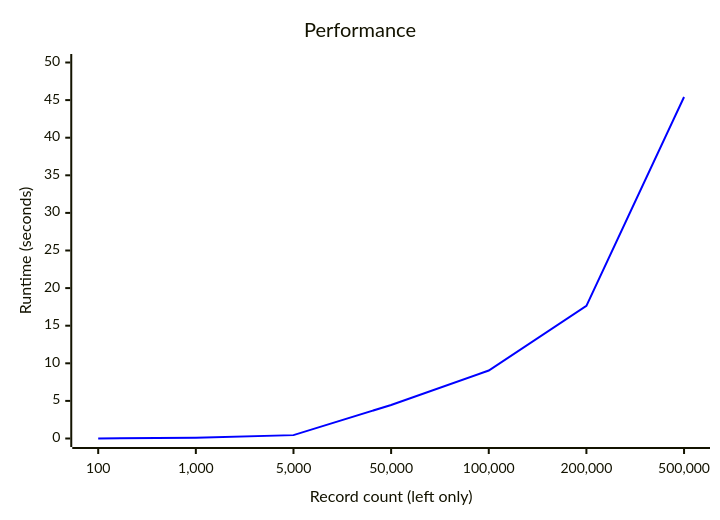
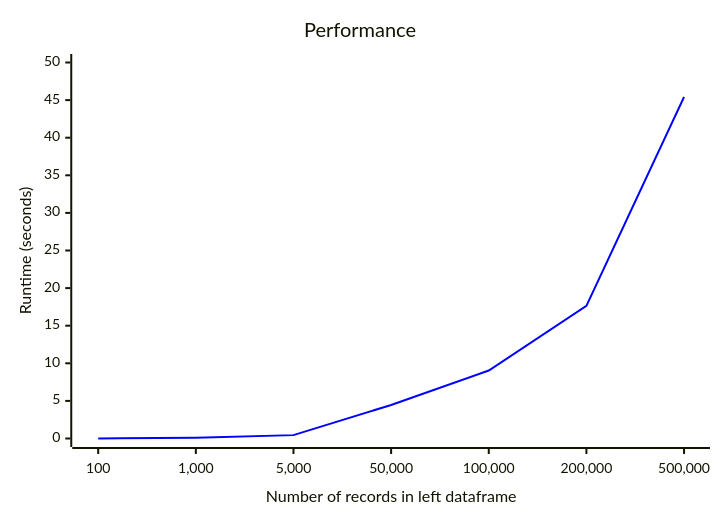
One commit to Meowfit/reconPy changed the diagram in README.md. Above: the diagram before and after it, drawn with Mermaid.

````diff
--- a/README.md
+++ b/README.md
@@ -284,8 +284,8 @@
 ```mermaid
 xychart-beta
 %%{init: { "themeVariables": {"xyChart": {"plotColorPalette": "#0000FF"} }}}%%
 title "Performance"
-x-axis "Record count (left only)" ["100", "1,000", "5,000", "50,000", "100,000", "200,000", "500,000"]
+x-axis "Number of records in left dataframe" ["100", "1,000", "5,000", "50,000", "100,000", "200,000", "500,000"]
 y-axis "Runtime (seconds)" 0 --> 50
 line [0.0159,0.0931,0.4484,4.4604,9.0372,17.6410,45.4180]
 ```
````
